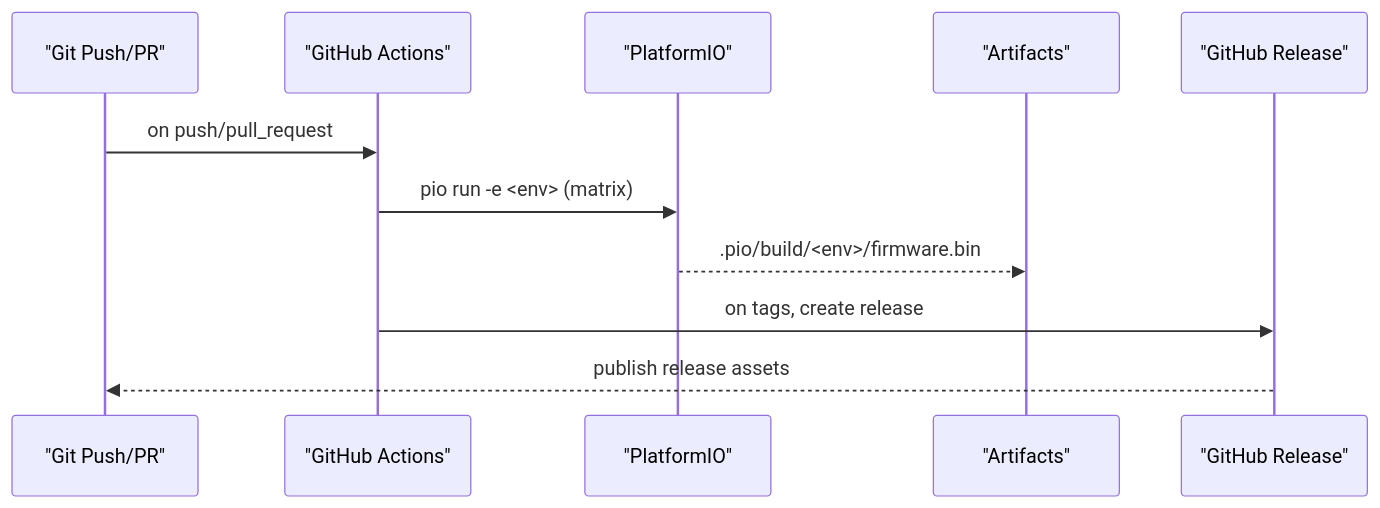
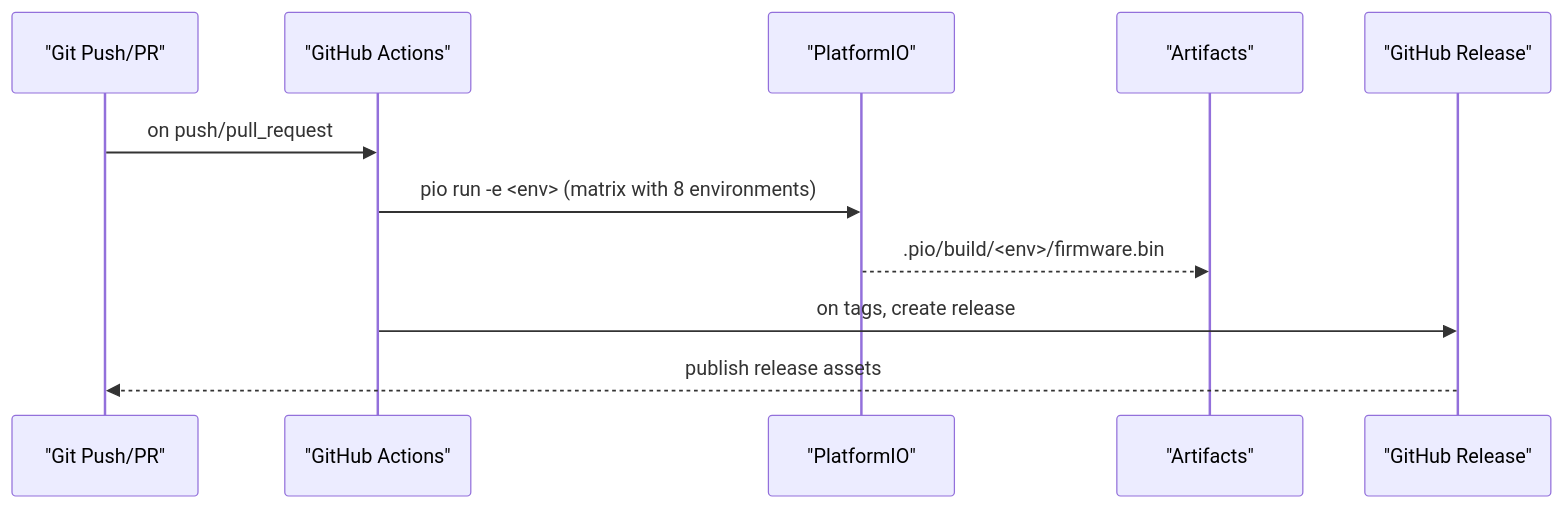
The seventh of 8 diagrams in .qoder/repowiki/en/content/Software Architecture/Build System Configuration.md (gunicsba/ESP_CAN_ECU_joystick_collection), drawn with Mermaid before and after one commit. The commit also changed other lines of this file and 11 other files, not shown here.

````diff
--- a/.qoder/repowiki/en/content/Software Architecture/Build System Configuration.md
+++ b/.qoder/repowiki/en/content/Software Architecture/Build System Configuration.md
@@ -370,13 +435,13 @@
 ```mermaid
 sequenceDiagram
 participant GH as "Git Push/PR"
 participant ACT as "GitHub Actions"
 participant PIO as "PlatformIO"
 participant ART as "Artifacts"
 participant REL as "GitHub Release"
 GH->>ACT : on push/pull_request
-ACT->>PIO : pio run -e <env> (matrix)
+ACT->>PIO : pio run -e <env> (matrix with 8 environments)
 PIO-->>ART : .pio/build/<env>/firmware.bin
 ACT->>REL : on tags, create release
 REL-->>GH : publish release assets
 ```
````
